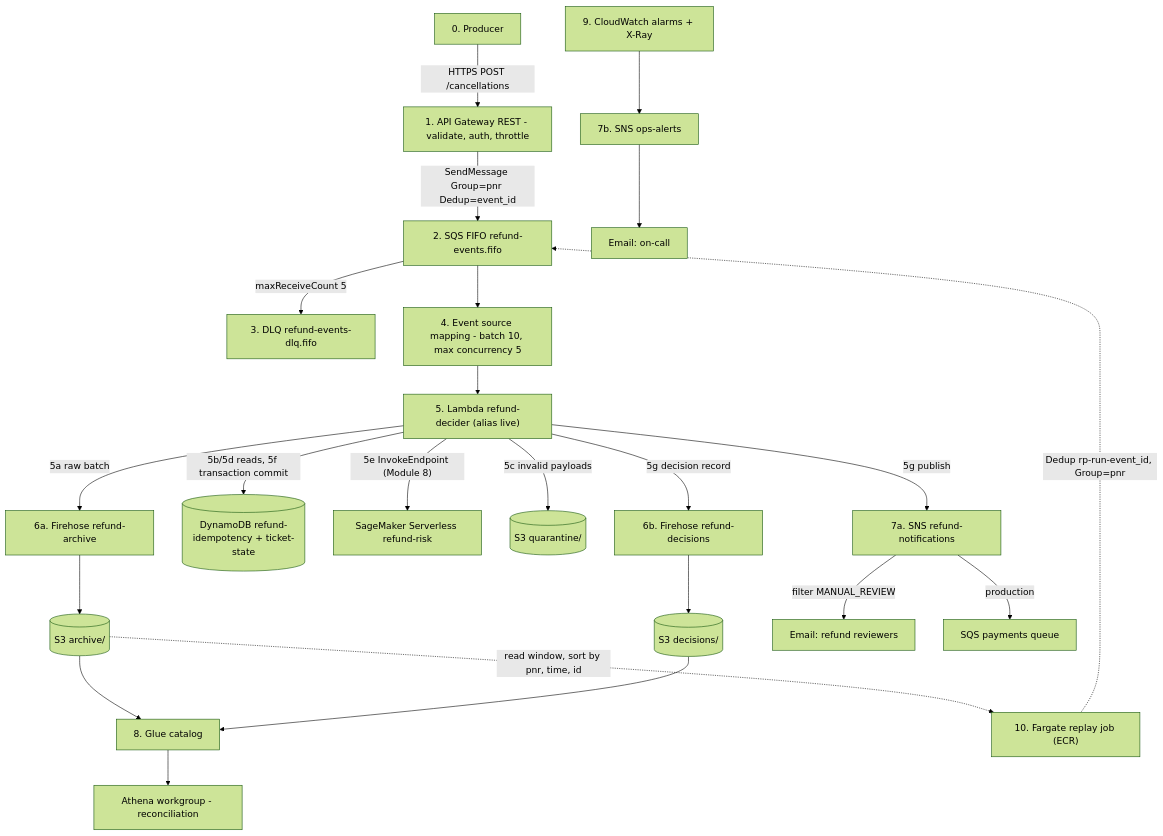
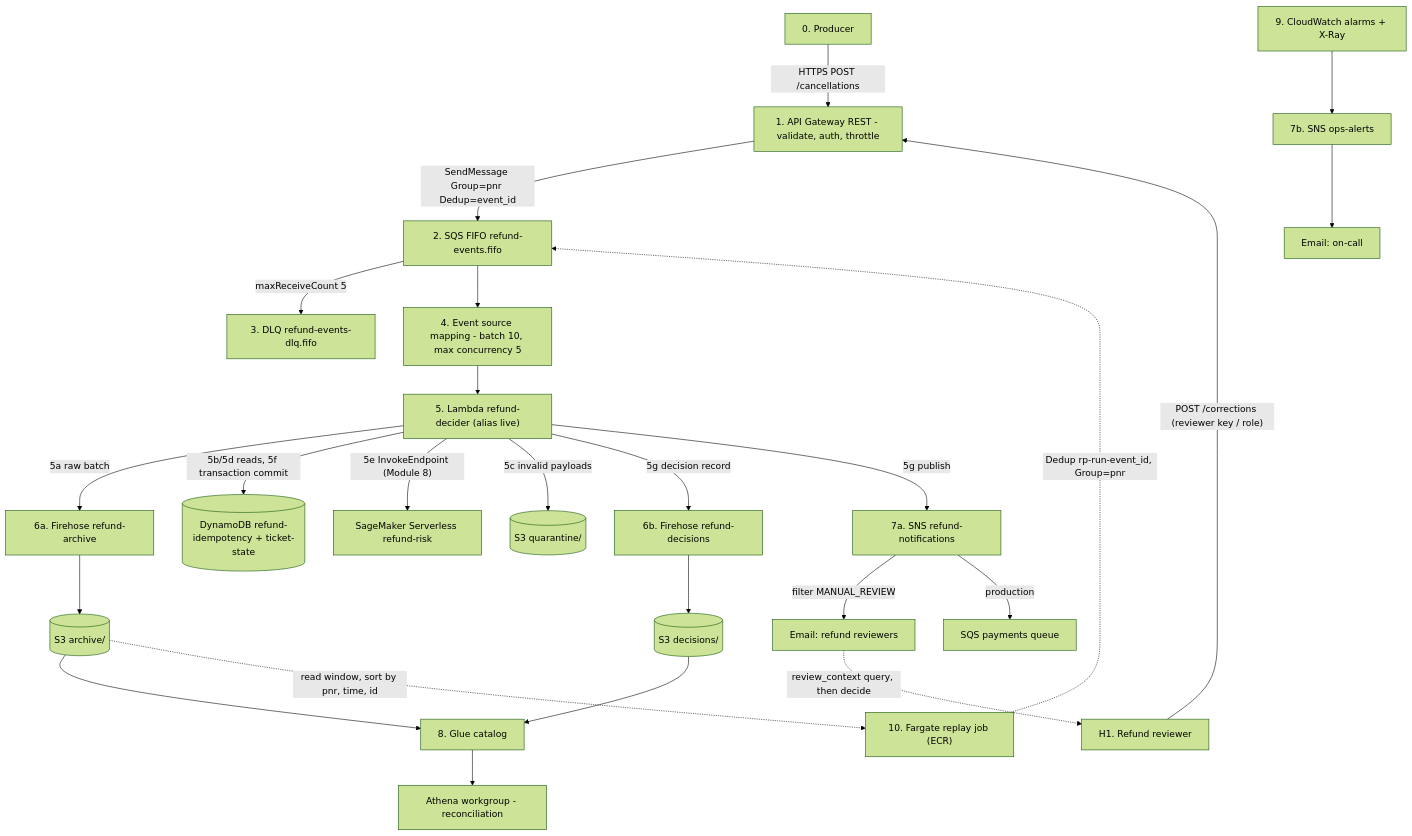
The diagram in docs/REFERENCE_ARCHITECTURE.md (jaisingh-builds/accelya-agentic-dev-nov26), drawn with Mermaid (forest theme) before and after one commit. The commit also changed other lines of this file, not shown here.

First line of the commit message:
docs: reference architecture - human-in-the-loop points (H1-H7)

````diff
--- a/docs/REFERENCE_ARCHITECTURE.md
+++ b/docs/REFERENCE_ARCHITECTURE.md
@@ -26,25 +26,27 @@
 ```mermaid
 flowchart TD
   P["0. Producer"] -->|"HTTPS POST /cancellations"| AG["1. API Gateway REST - validate, auth, throttle"]
+  RV["H1. Refund reviewer"] -->|"POST /corrections (reviewer key / role)"| AG
   AG -->|"SendMessage Group=pnr Dedup=event_id"| Q["2. SQS FIFO refund-events.fifo"]
   Q -->|"maxReceiveCount 5"| DLQ["3. DLQ refund-events-dlq.fifo"]
   Q --> ESM["4. Event source mapping - batch 10, max concurrency 5"]
   ESM --> L["5. Lambda refund-decider (alias live)"]
   L -->|"5a raw batch"| FA["6a. Firehose refund-archive"]
   FA --> S3A[("S3 archive/")]
   L -->|"5b/5d reads, 5f transaction commit"| DDB[("DynamoDB refund-idempotency + ticket-state")]
   L -->|"5e InvokeEndpoint (Module 8)"| SM["SageMaker Serverless refund-risk"]
   L -->|"5c invalid payloads"| S3Q[("S3 quarantine/")]
   L -->|"5g decision record"| FD["6b. Firehose refund-decisions"]
   FD --> S3D[("S3 decisions/")]
   L -->|"5g publish"| SN["7a. SNS refund-notifications"]
   SN -->|"filter MANUAL_REVIEW"| REV["Email: refund reviewers"]
+  REV -.->|"review_context query, then decide"| RV
   SN -->|"production"| PAY["SQS payments queue"]
   S3A --> GL["8. Glue catalog"]
   S3D --> GL
   GL --> ATH["Athena workgroup - reconciliation"]
   CW["9. CloudWatch alarms + X-Ray"] --> SA["7b. SNS ops-alerts"]
   SA --> OPS["Email: on-call"]
   S3A -.->|"read window, sort by pnr, time, id"| RJ["10. Fargate replay job (ECR)"]
   RJ -.->|"Dedup rp-run-event_id, Group=pnr"| Q
 ```
````
